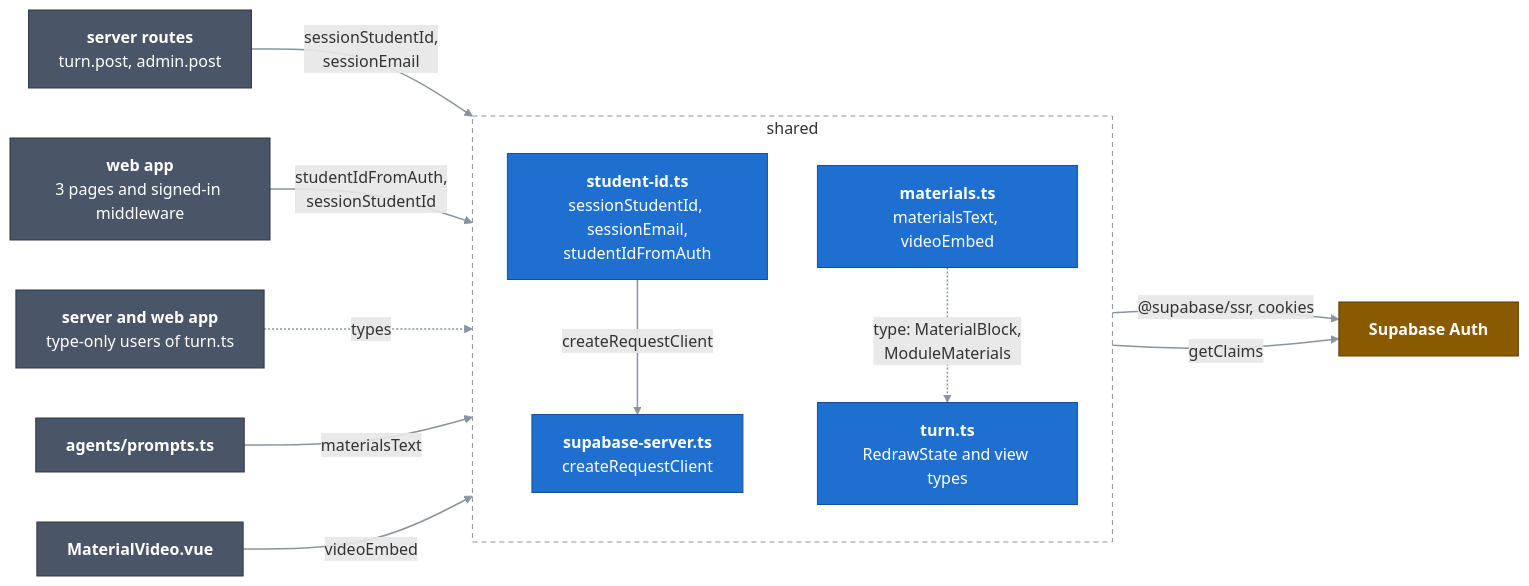
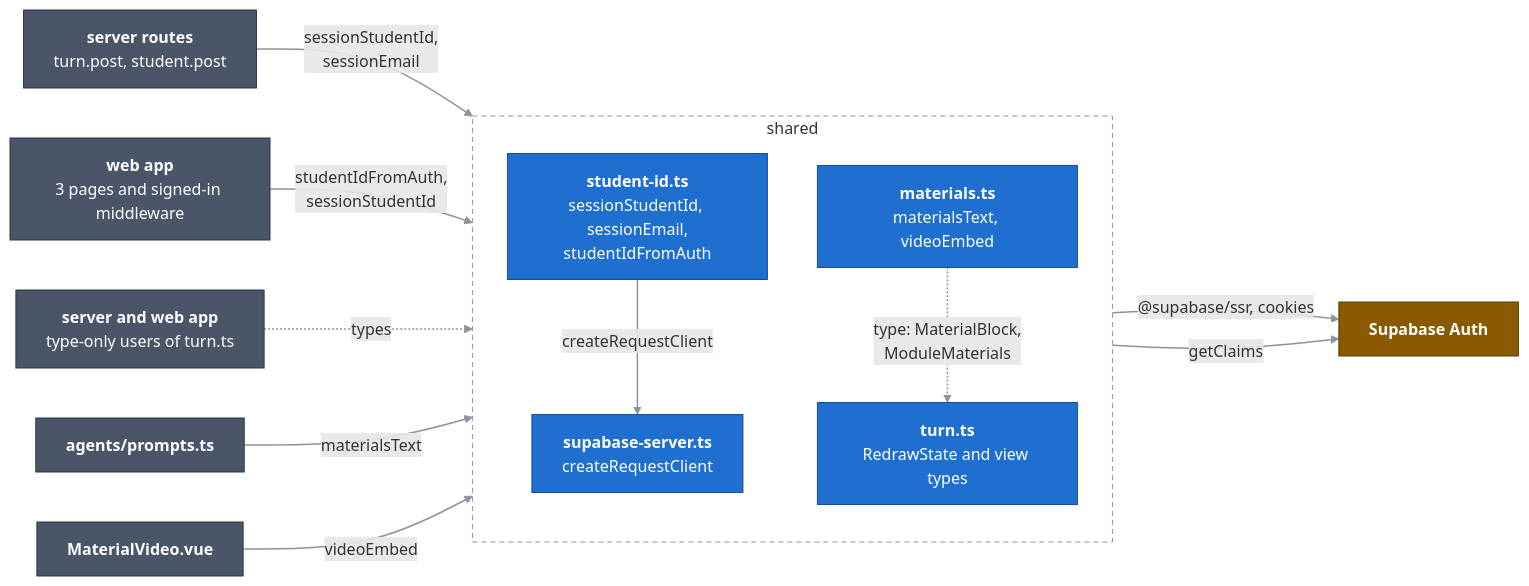
Before and after one commit to Bill2926/COS40005_HN9_Verifiable_Co-Learner_Agent: the diagram in docs/c4/03-components/shared.md, drawn with Mermaid. The commit also changed other lines of this file and 40 other files, not shown here.

````diff
--- a/docs/c4/03-components/shared.md
+++ b/docs/c4/03-components/shared.md
@@ -10,35 +10,35 @@
 ```mermaid
 flowchart LR
   classDef comp fill:#1f6fd0,stroke:#164f96,color:#ffffff
   classDef near fill:#4a5568,stroke:#2d3748,color:#ffffff
   classDef ext fill:#8a5a00,stroke:#5c3c00,color:#ffffff
   linkStyle default stroke:#8b949e,stroke-width:1.5px
 
-  routes["<b>server routes</b><br/>turn.post, admin.post"]:::near
+  routes["<b>server routes</b><br/>turn.post, student.post"]:::near
   pagesmw["<b>web app</b><br/>3 pages and signed-in middleware"]:::near
   typeUsers["<b>server and web app</b><br/>type-only users of turn.ts"]:::near
   auth["<b>Supabase Auth</b>"]:::ext
 
   subgraph shared["shared"]
     direction TB
     studentId["<b>student-id.ts</b><br/>sessionStudentId, sessionEmail,<br/>studentIdFromAuth"]:::comp
     supabaseServer["<b>supabase-server.ts</b><br/>createRequestClient"]:::comp
     turnTypes["<b>turn.ts</b><br/>RedrawState and view types"]:::comp
     materials["<b>materials.ts</b><br/>materialsText, videoEmbed"]:::comp
   end
 
   prompts["<b>agents/prompts.ts</b>"]:::near
   video["<b>MaterialVideo.vue</b>"]:::near
 
   routes -->|"sessionStudentId,<br/>sessionEmail"| studentId
   pagesmw -->|"studentIdFromAuth,<br/>sessionStudentId"| studentId
   studentId -->|"createRequestClient"| supabaseServer
   supabaseServer -->|"@supabase/ssr, cookies"| auth
   studentId -->|"getClaims"| auth
   typeUsers -.->|"types"| turnTypes
   prompts -->|"materialsText"| materials
   video -->|"videoEmbed"| materials
   materials -.->|"type: MaterialBlock,<br/>ModuleMaterials"| turnTypes
 
   style shared fill:none,stroke:#8b949e,stroke-dasharray:5 4
 ```
````
